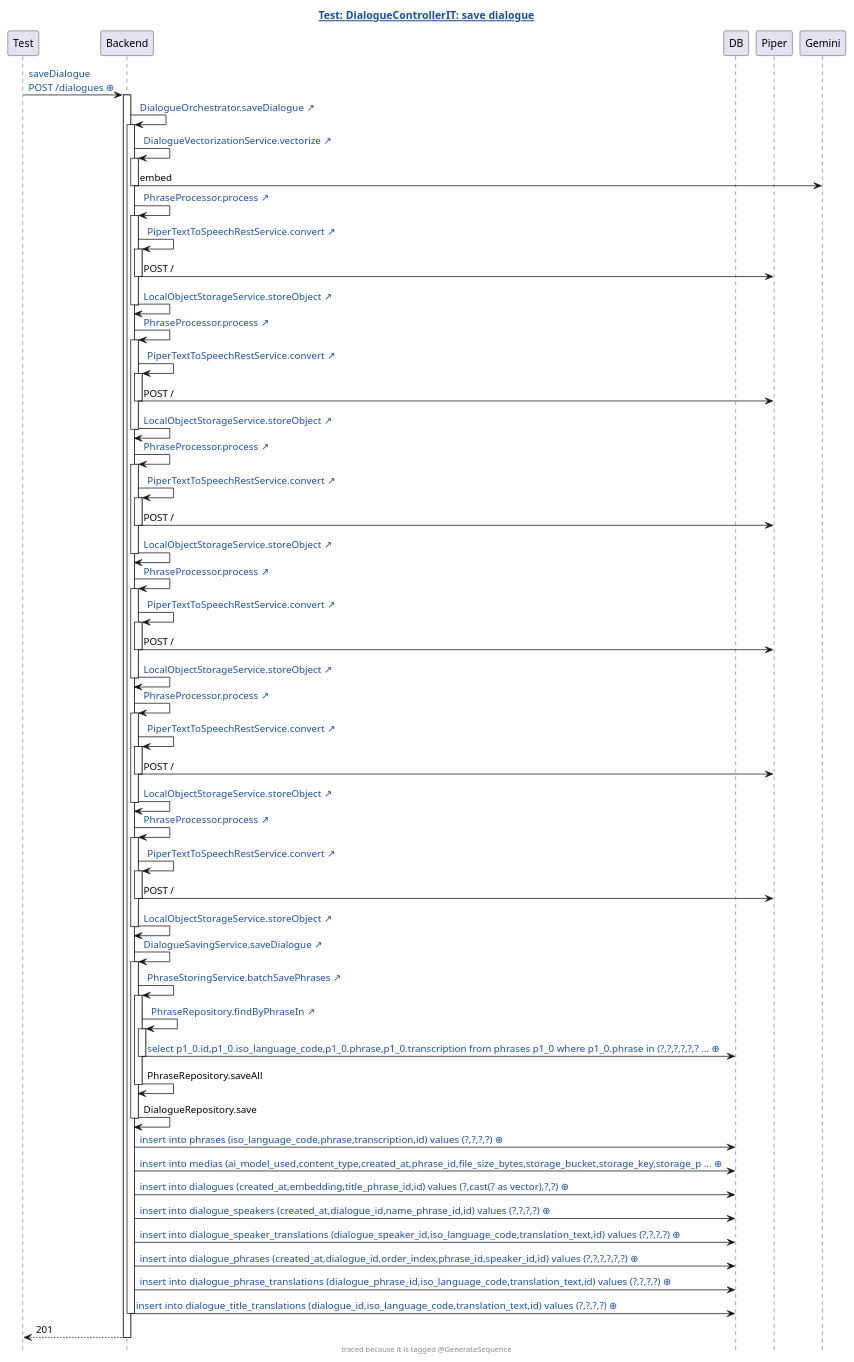
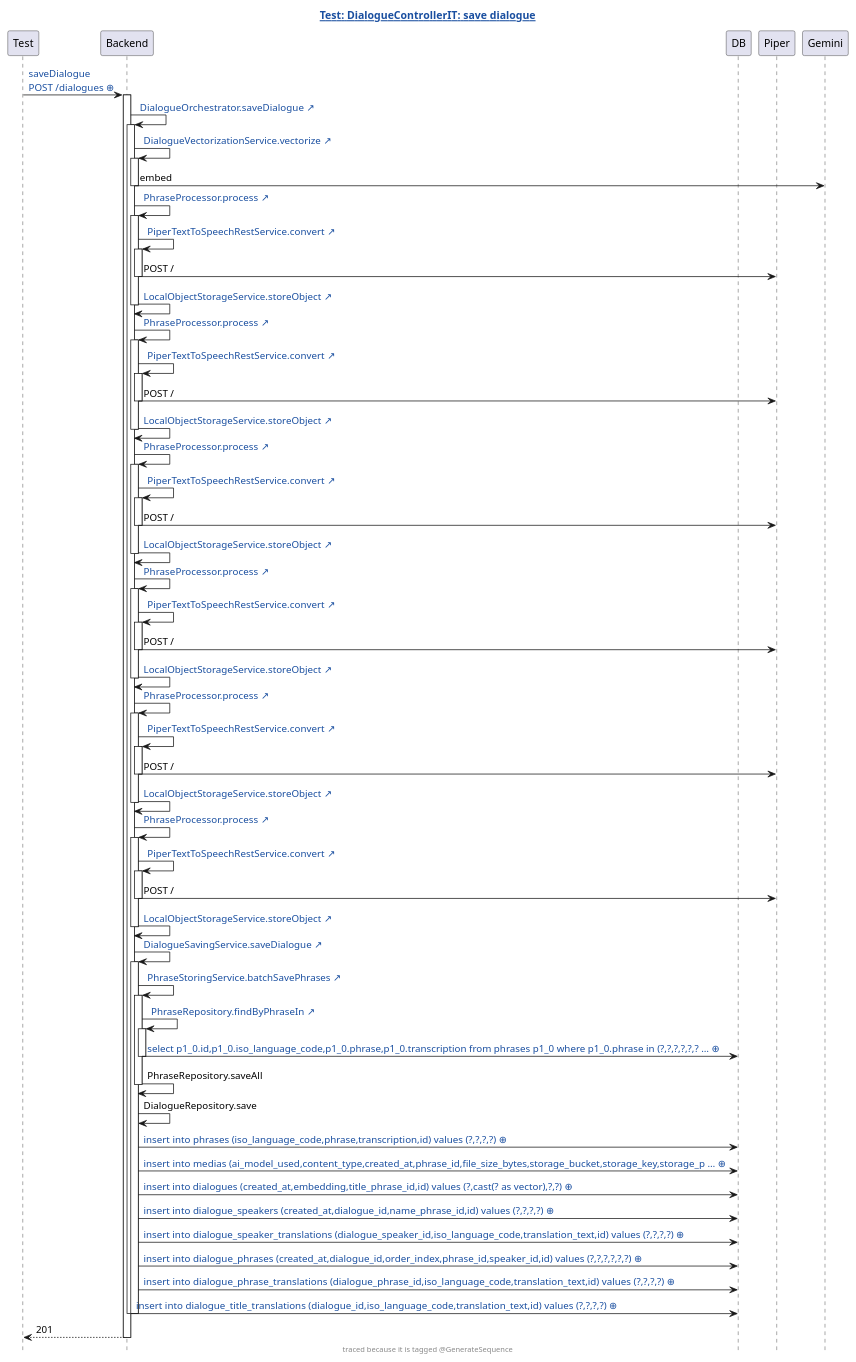
Before and after one commit to blbulyandavbulyan/armenian-learning-assistant-be: the diagram in docs/generated/sequence/DialogueControllerIT.java.save-dialogue.genseq.puml, drawn with PlantUML. The commit also changed other lines of this file and 6 other files, not shown here.

```diff
--- a/docs/generated/sequence/DialogueControllerIT.java.save-dialogue.genseq.puml
+++ b/docs/generated/sequence/DialogueControllerIT.java.save-dialogue.genseq.puml
@@ -1,94 +1,94 @@
 @startuml
 ' ⚠️  GENERATED FILE — DO NOT EDIT. Every edit is lost on the next run.
 hide footbox
 skinparam hyperlinkUnderline false
 skinparam hyperlinkColor #1A4FA0
 skinparam sequenceGroupFontColor #888888
 skinparam sequenceGroupFontStyle plain
 title [[src://src/test/java/com/blbulyandavbulyan/larm/api/dialogues/DialogueControllerIT.java:62{Click to open the test} Test: DialogueControllerIT: save dialogue]]
 footer traced because it is tagged @GenerateSequence
 participant Test
 participant Backend
 participant DB
 participant Piper
 participant Gemini
 Test -> Backend: [[genseq://2t3nzgs{Click for the request as it was sent} saveDialogue\nPOST /dialogues ⊕]]
 activate Backend
 Backend -> Backend: [[src://src/main/java/com/blbulyandavbulyan/larm/core/DialogueOrchestrator.java:21{Click to open DialogueOrchestrator.saveDialogue} DialogueOrchestrator.saveDialogue ↗]]
 activate Backend
 Backend -> Backend: [[src://src/main/java/com/blbulyandavbulyan/larm/ai/embedding/DialogueVectorizationService.java:26{Click to open DialogueVectorizationService.vectorize} DialogueVectorizationService.vectorize ↗]]
 activate Backend
 Backend -> Gemini: embed
 deactivate Backend
 Backend -> Backend: [[src://src/main/java/com/blbulyandavbulyan/larm/core/PhraseProcessor.java:25{Click to open PhraseProcessor.process} PhraseProcessor.process ↗]]
 activate Backend
 Backend -> Backend: [[src://src/main/java/com/blbulyandavbulyan/larm/ai/tts/PiperTextToSpeechRestService.java:28{Click to open PiperTextToSpeechRestService.convert} PiperTextToSpeechRestService.convert ↗]]
 activate Backend
 Backend -> Piper: POST /
 deactivate Backend
 Backend -> Backend: [[src://src/main/java/com/blbulyandavbulyan/larm/storage/local/LocalObjectStorageService.java:29{Click to open LocalObjectStorageService.storeObject} LocalObjectStorageService.storeObject ↗]]
 deactivate Backend
 Backend -> Backend: [[src://src/main/java/com/blbulyandavbulyan/larm/core/PhraseProcessor.java:25{Click to open PhraseProcessor.process} PhraseProcessor.process ↗]]
 activate Backend
 Backend -> Backend: [[src://src/main/java/com/blbulyandavbulyan/larm/ai/tts/PiperTextToSpeechRestService.java:28{Click to open PiperTextToSpeechRestService.convert} PiperTextToSpeechRestService.convert ↗]]
 activate Backend
 Backend -> Piper: POST /
 deactivate Backend
 Backend -> Backend: [[src://src/main/java/com/blbulyandavbulyan/larm/storage/local/LocalObjectStorageService.java:29{Click to open LocalObjectStorageService.storeObject} LocalObjectStorageService.storeObject ↗]]
 deactivate Backend
 Backend -> Backend: [[src://src/main/java/com/blbulyandavbulyan/larm/core/PhraseProcessor.java:25{Click to open PhraseProcessor.process} PhraseProcessor.process ↗]]
 activate Backend
 Backend -> Backend: [[src://src/main/java/com/blbulyandavbulyan/larm/ai/tts/PiperTextToSpeechRestService.java:28{Click to open PiperTextToSpeechRestService.convert} PiperTextToSpeechRestService.convert ↗]]
 activate Backend
 Backend -> Piper: POST /
 deactivate Backend
 Backend -> Backend: [[src://src/main/java/com/blbulyandavbulyan/larm/storage/local/LocalObjectStorageService.java:29{Click to open LocalObjectStorageService.storeObject} LocalObjectStorageService.storeObject ↗]]
 deactivate Backend
 Backend -> Backend: [[src://src/main/java/com/blbulyandavbulyan/larm/core/PhraseProcessor.java:25{Click to open PhraseProcessor.process} PhraseProcessor.process ↗]]
 activate Backend
 Backend -> Backend: [[src://src/main/java/com/blbulyandavbulyan/larm/ai/tts/PiperTextToSpeechRestService.java:28{Click to open PiperTextToSpeechRestService.convert} PiperTextToSpeechRestService.convert ↗]]
 activate Backend
 Backend -> Piper: POST /
 deactivate Backend
 Backend -> Backend: [[src://src/main/java/com/blbulyandavbulyan/larm/storage/local/LocalObjectStorageService.java:29{Click to open LocalObjectStorageService.storeObject} LocalObjectStorageService.storeObject ↗]]
 deactivate Backend
 Backend -> Backend: [[src://src/main/java/com/blbulyandavbulyan/larm/core/PhraseProcessor.java:25{Click to open PhraseProcessor.process} PhraseProcessor.process ↗]]
 activate Backend
 Backend -> Backend: [[src://src/main/java/com/blbulyandavbulyan/larm/ai/tts/PiperTextToSpeechRestService.java:28{Click to open PiperTextToSpeechRestService.convert} PiperTextToSpeechRestService.convert ↗]]
 activate Backend
 Backend -> Piper: POST /
 deactivate Backend
 Backend -> Backend: [[src://src/main/java/com/blbulyandavbulyan/larm/storage/local/LocalObjectStorageService.java:29{Click to open LocalObjectStorageService.storeObject} LocalObjectStorageService.storeObject ↗]]
 deactivate Backend
 Backend -> Backend: [[src://src/main/java/com/blbulyandavbulyan/larm/core/PhraseProcessor.java:25{Click to open PhraseProcessor.process} PhraseProcessor.process ↗]]
 activate Backend
 Backend -> Backend: [[src://src/main/java/com/blbulyandavbulyan/larm/ai/tts/PiperTextToSpeechRestService.java:28{Click to open PiperTextToSpeechRestService.convert} PiperTextToSpeechRestService.convert ↗]]
 activate Backend
 Backend -> Piper: POST /
 deactivate Backend
 Backend -> Backend: [[src://src/main/java/com/blbulyandavbulyan/larm/storage/local/LocalObjectStorageService.java:29{Click to open LocalObjectStorageService.storeObject} LocalObjectStorageService.storeObject ↗]]
 deactivate Backend
 Backend -> Backend: [[src://src/main/java/com/blbulyandavbulyan/larm/dialogue/DialogueSavingService.java:44{Click to open DialogueSavingService.saveDialogue} DialogueSavingService.saveDialogue ↗]]
 activate Backend
 Backend -> Backend: [[src://src/main/java/com/blbulyandavbulyan/larm/phrase/PhraseStoringService.java:30{Click to open PhraseStoringService.batchSavePhrases} PhraseStoringService.batchSavePhrases ↗]]
 activate Backend
 Backend -> Backend: [[src://src/main/java/com/blbulyandavbulyan/larm/dao/repository/PhraseRepository.java:14{Click to open PhraseRepository.findByPhraseIn} PhraseRepository.findByPhraseIn ↗]]
 activate Backend
 Backend -> DB: [[genseq://184kno9{Click for the statement behind this call} select p1_0.id,p1_0.iso_language_code,p1_0.phrase,p1_0.transcription from phrases p1_0 where p1_0.phrase in (?,?,?,?,?,? … ⊕]]
 deactivate Backend
 Backend -> Backend: PhraseRepository.saveAll
 deactivate Backend
 Backend -> Backend: DialogueRepository.save
-deactivate Backend
 Backend -> DB: [[genseq://1shz0sg{Click for the statement behind this call} insert into phrases (iso_language_code,phrase,transcription,id) values (?,?,?,?) ⊕]]
 Backend -> DB: [[genseq://1udjz1e{Click for the statement behind this call} insert into medias (ai_model_used,content_type,created_at,phrase_id,file_size_bytes,storage_bucket,storage_key,storage_p … ⊕]]
 Backend -> DB: [[genseq://2v9rsfu{Click for the statement behind this call} insert into dialogues (created_at,embedding,title_phrase_id,id) values (?,cast(? as vector),?,?) ⊕]]
 Backend -> DB: [[genseq://58f2ikd{Click for the statement behind this call} insert into dialogue_speakers (created_at,dialogue_id,name_phrase_id,id) values (?,?,?,?) ⊕]]
 Backend -> DB: [[genseq://5d4o9wh{Click for the statement behind this call} insert into dialogue_speaker_translations (dialogue_speaker_id,iso_language_code,translation_text,id) values (?,?,?,?) ⊕]]
 Backend -> DB: [[genseq://5c1caed{Click for the statement behind this call} insert into dialogue_phrases (created_at,dialogue_id,order_index,phrase_id,speaker_id,id) values (?,?,?,?,?,?) ⊕]]
 Backend -> DB: [[genseq://1ve7d9l{Click for the statement behind this call} insert into dialogue_phrase_translations (dialogue_phrase_id,iso_language_code,translation_text,id) values (?,?,?,?) ⊕]]
 Backend -> DB: [[genseq://65bleid{Click for the statement behind this call} insert into dialogue_title_translations (dialogue_id,iso_language_code,translation_text,id) values (?,?,?,?) ⊕]]
 deactivate Backend
+deactivate Backend
 Backend --> Test: 201
 deactivate Backend
 @enduml
```
